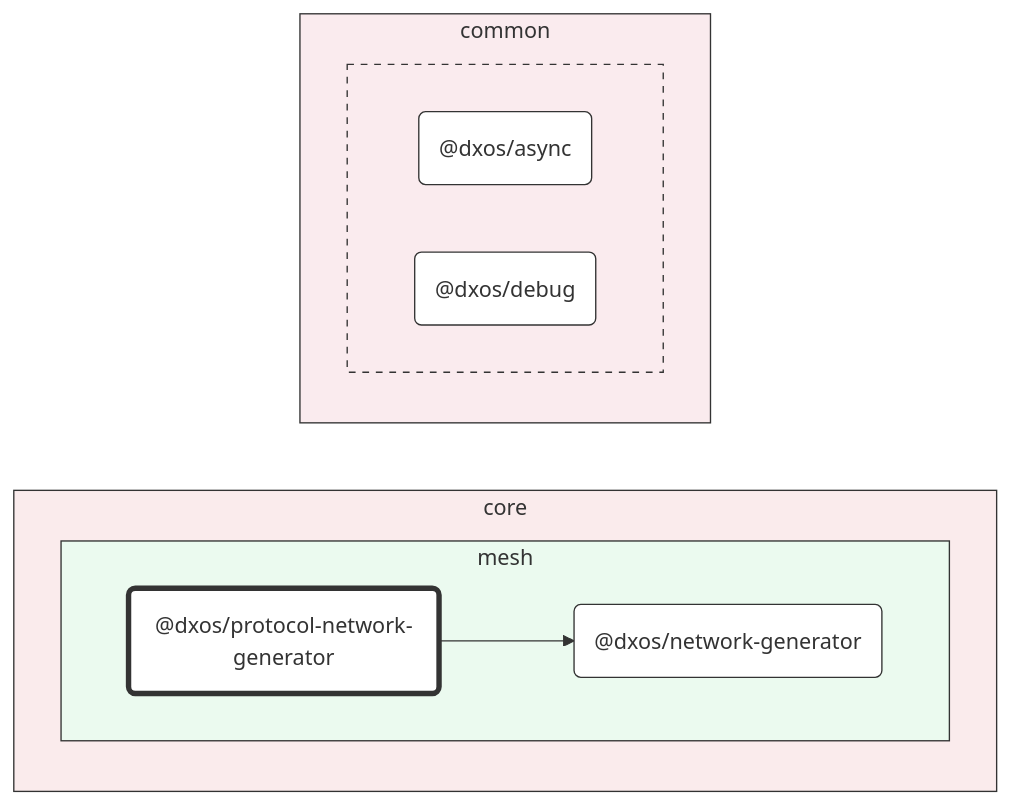
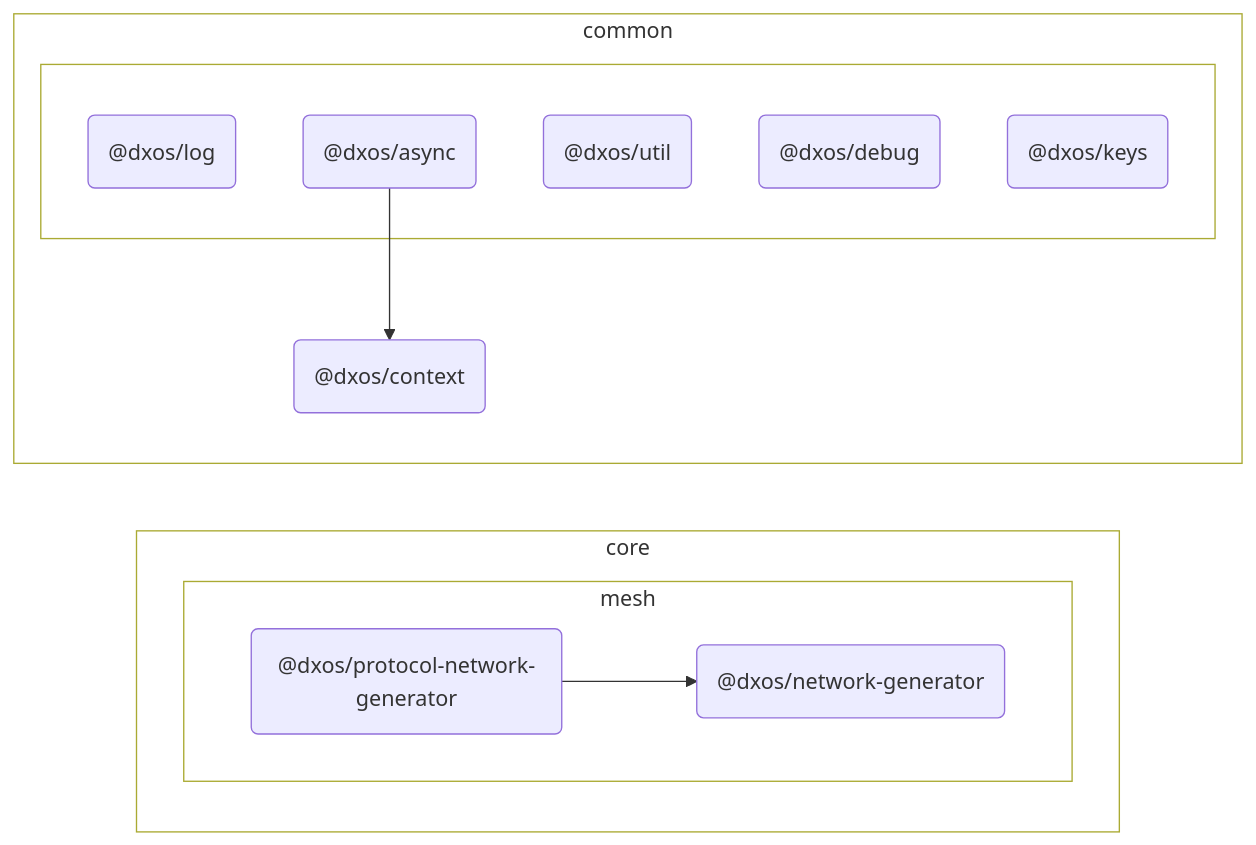
One commit to dxos/dxos changed the diagram in packages/core/mesh/protocol-network-generator/docs/README.md. Above: the diagram before and after it, drawn with Mermaid. The commit also changed other lines of this file and 127 other files, not shown here.

````diff
--- a/packages/core/mesh/protocol-network-generator/docs/README.md
+++ b/packages/core/mesh/protocol-network-generator/docs/README.md
@@ -7,39 +7,47 @@
 ```mermaid
 %%{ init: {'flowchart':{'curve':'basis'}} }%%
 
 flowchart LR
 
 %% Classes
-classDef def fill:#fff,stroke:#333,stroke-width:1px
-classDef root fill:#fff,stroke:#333,stroke-width:4px
+
+
 
 %% Nodes
 
 subgraph core [core]
-  style core fill:#faebec,stroke:#333
+  style core fill:transparent
 
   subgraph mesh [mesh]
-    style mesh fill:#ebfaef,stroke:#333
+    style mesh fill:transparent
     dxos/protocol-network-generator("@dxos/protocol-network-generator"):::root
     click dxos/protocol-network-generator "dxos/dxos/tree/main/packages/core/mesh/protocol-network-generator/docs"
     dxos/network-generator("@dxos/network-generator"):::def
     click dxos/network-generator "dxos/dxos/tree/main/packages/core/mesh/network-generator/docs"
   end
 end
 
 subgraph common [common]
-  style common fill:#faebee,stroke:#333
+  style common fill:transparent
+  dxos/context("@dxos/context"):::def
+  click dxos/context "dxos/dxos/tree/main/packages/common/context/docs"
 
   subgraph _ [ ]
-    style _ fill:#faebee,stroke:#333,stroke-dasharray:5 5
+    style _ fill:transparent
+    dxos/log("@dxos/log"):::def
+    click dxos/log "dxos/dxos/tree/main/packages/common/log/docs"
     dxos/async("@dxos/async"):::def
     click dxos/async "dxos/dxos/tree/main/packages/common/async/docs"
+    dxos/util("@dxos/util"):::def
+    click dxos/util "dxos/dxos/tree/main/packages/common/util/docs"
     dxos/debug("@dxos/debug"):::def
     click dxos/debug "dxos/dxos/tree/main/packages/common/debug/docs"
+    dxos/keys("@dxos/keys"):::def
+    click dxos/keys "dxos/dxos/tree/main/packages/common/keys/docs"
   end
 end
 
 %% Links
-linkStyle default stroke:#333,stroke-width:1px
 dxos/protocol-network-generator --> dxos/network-generator
+dxos/async --> dxos/context
 ```
````
